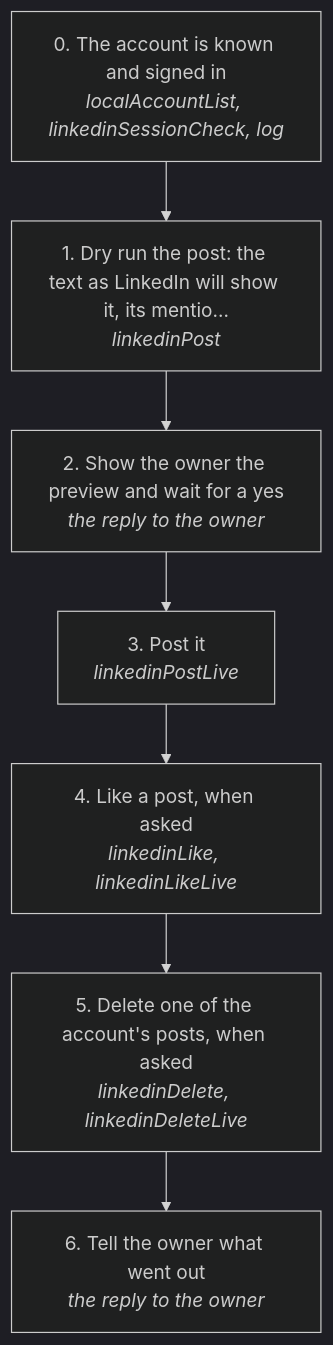
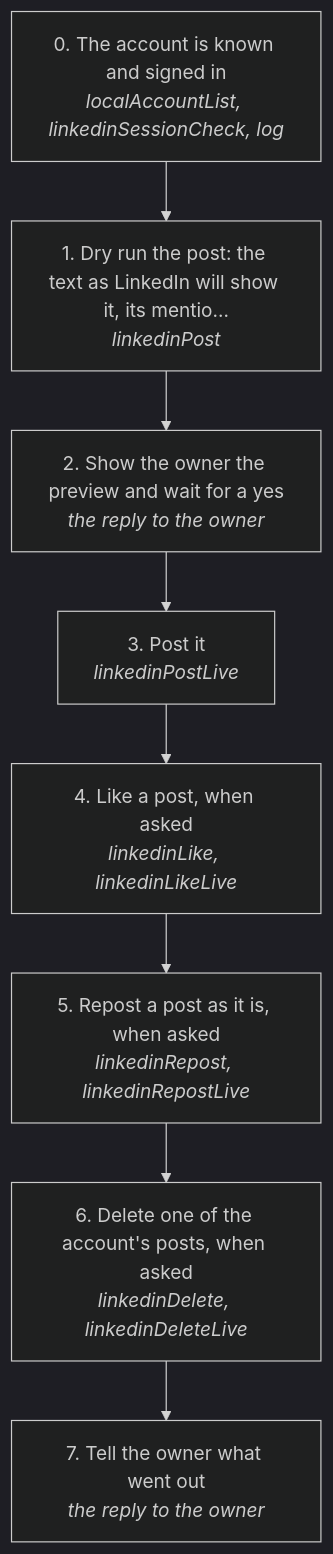
Before and after one commit to matthewdonsemail-lab/log: the diagram in docs/useCases/linkedin/posts.md, drawn with Mermaid (dark theme). The commit also changed other lines of this file and 76 other files, not shown here.

Commit message:
linkedin repost and message, har4 read by rea, and Chrome recordings as runs

````diff
--- a/docs/useCases/linkedin/posts.md
+++ b/docs/useCases/linkedin/posts.md
@@ -14,16 +14,18 @@
 ```mermaid
 flowchart TD
   s0["0. The account is known and signed in<br/><i>localAccountList, linkedinSessionCheck, log</i>"]
   s1["1. Dry run the post: the text as LinkedIn will show it, its mentio…<br/><i>linkedinPost</i>"]
   s2["2. Show the owner the preview and wait for a yes<br/><i>the reply to the owner</i>"]
   s3["3. Post it<br/><i>linkedinPostLive</i>"]
   s4["4. Like a post, when asked<br/><i>linkedinLike, linkedinLikeLive</i>"]
-  s5["5. Delete one of the account's posts, when asked<br/><i>linkedinDelete, linkedinDeleteLive</i>"]
-  s6["6. Tell the owner what went out<br/><i>the reply to the owner</i>"]
+  s5["5. Repost a post as it is, when asked<br/><i>linkedinRepost, linkedinRepostLive</i>"]
+  s6["6. Delete one of the account's posts, when asked<br/><i>linkedinDelete, linkedinDeleteLive</i>"]
+  s7["7. Tell the owner what went out<br/><i>the reply to the owner</i>"]
   s0 --> s1
   s1 --> s2
   s2 --> s3
   s3 --> s4
   s4 --> s5
   s5 --> s6
+  s6 --> s7
 ```
````
